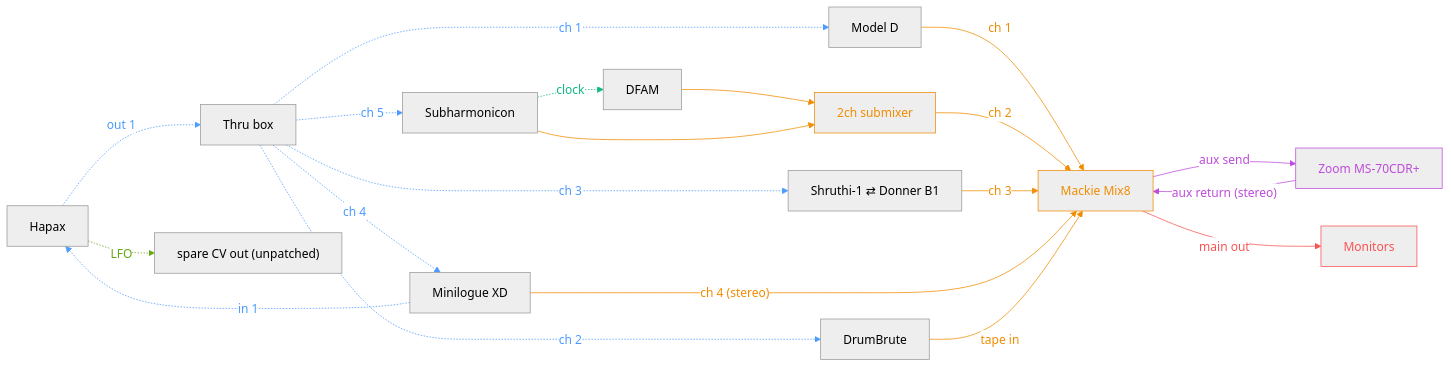
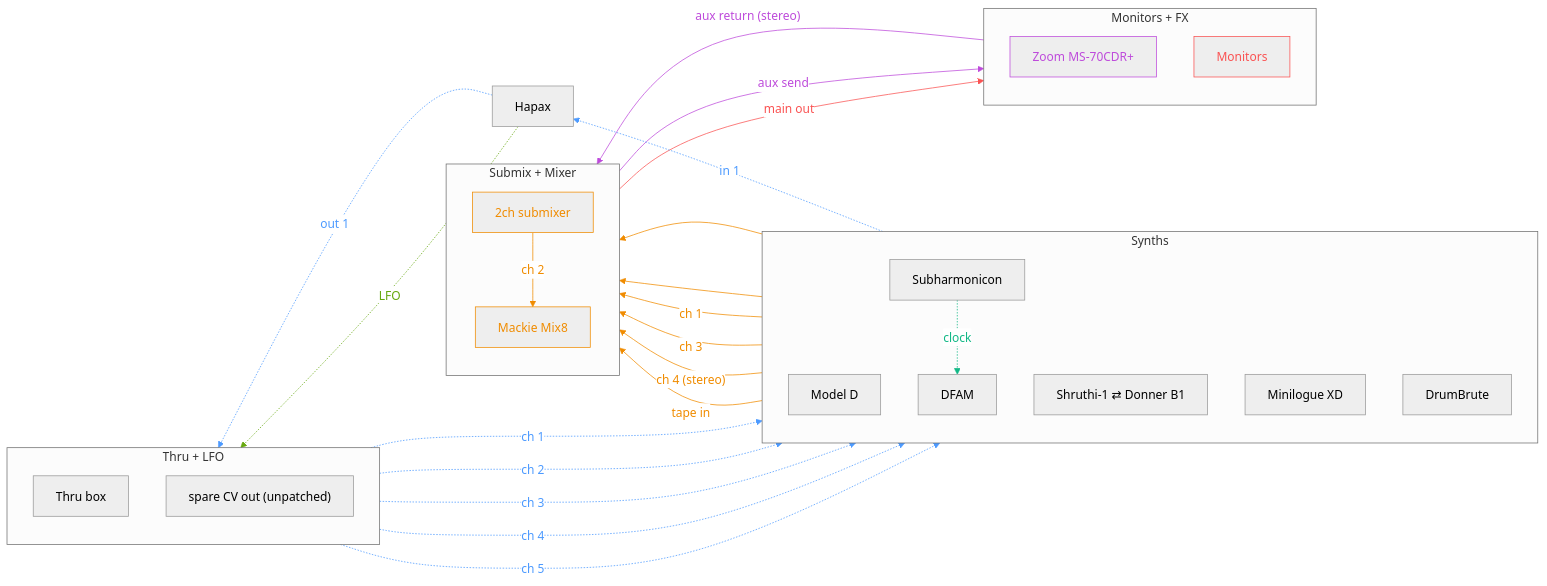
One commit to saponace/synth-setup changed the diagram in README.md. Above: the diagram before and after it, drawn with Mermaid.

```diff
--- a/README.md
+++ b/README.md
@@ -3,7 +3,7 @@
 config:
   theme: neutral
 ---
-flowchart LR
+flowchart RL
     %% ----- One color per connection group -----
     classDef midi stroke:#4c9aff,color:#4c9aff
     classDef clock stroke:#12b886,color:#12b886
@@ -14,22 +14,37 @@
 
     %% ===== Sequencer brain =====
     HAPAX["Hapax"]
-    SPLIT["Thru box"]
+
+    subgraph SG_THRU["Thru + LFO"]
+        direction TB
+        SPLIT["Thru box"]
+        SPARECV["spare CV out (unpatched)"]
+    end
 
     %% ===== Synths =====
-    MODELD["Model D"]
-    SWAP["Shruthi-1 ⇄ Donner B1"]
-    XD["Minilogue XD"]
-    DBI["DrumBrute"]
-    DFAM["DFAM"]
-    SUBH["Subharmonicon"]
-    SPARECV["spare CV out (unpatched)"]
+    subgraph SG_SYNTHS["Synths"]
+        direction TB
+        MODELD["Model D"]
+        SWAP["Shruthi-1 ⇄ Donner B1"]
+        XD["Minilogue XD"]
+        DBI["DrumBrute"]
+        DFAM["DFAM"]
+        SUBH["Subharmonicon"]
+    end
 
-    %% ===== Mixer / send  =====
-    SUBMIX["2ch submixer"]:::mixer
-    MIX["Mackie Mix8"]:::mixer
-    ZOOM["Zoom MS-70CDR+"]:::fx
-    MON["Monitors"]:::monitoring
+    %% ===== Submix + Mixer =====
+    subgraph SG_MIX["Submix + Mixer"]
+        direction TB
+        SUBMIX["2ch submixer"]:::mixer
+        MIX["Mackie Mix8"]:::mixer
+    end
+
+    %% ===== Monitors + FX =====
+    subgraph SG_OUT["Monitors + FX"]
+        direction TB
+        ZOOM["Zoom MS-70CDR+"]:::fx
+        MON["Monitors"]:::monitoring
+    end
 
     %% ----- MIDI links -----
     HAPAX midi0@-. "out 1" .-> SPLIT
```
